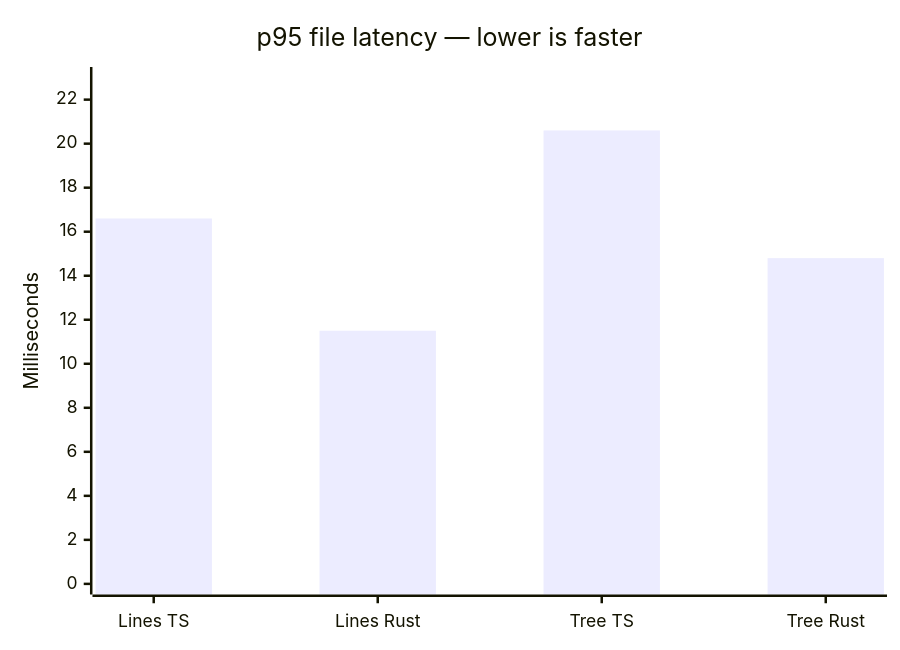
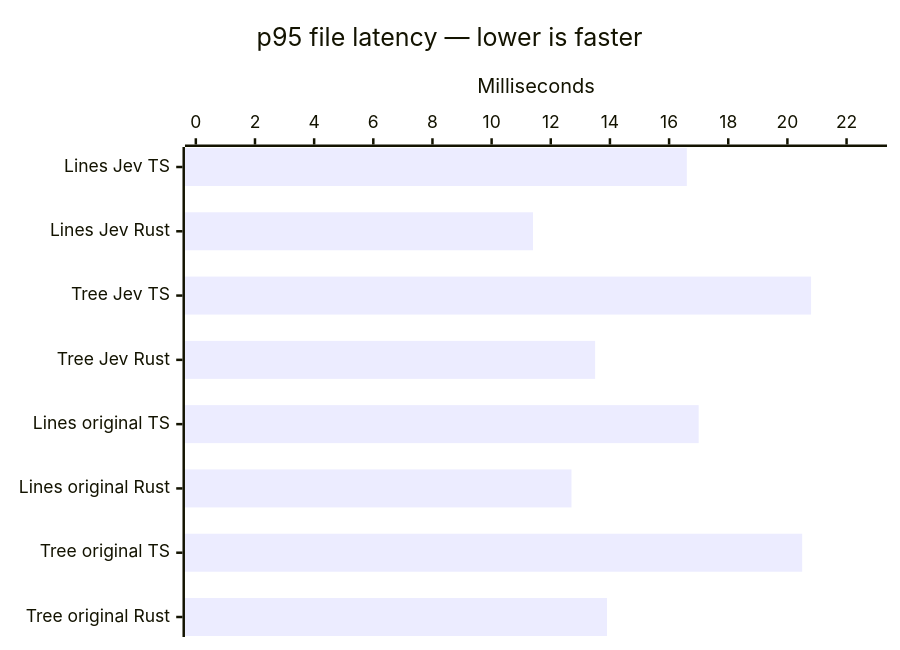
One commit to kossnocorp/spacer changed the seventh of 15 diagrams in docs/benchmark.md. Above: the diagram before and after it, drawn with Mermaid. The commit also changed other lines of this file and 29 other files, not shown here.

````diff
--- a/docs/benchmark.md
+++ b/docs/benchmark.md
@@ -58,7 +101,7 @@
 ```mermaid
-xychart-beta
+xychart-beta horizontal
   title "p95 file latency — lower is faster"
-  x-axis ["Lines TS", "Lines Rust", "Tree TS", "Tree Rust"]
+  x-axis ["Lines Jev TS", "Lines Jev Rust", "Tree Jev TS", "Tree Jev Rust", "Lines original TS", "Lines original Rust", "Tree original TS", "Tree original Rust"]
   y-axis "Milliseconds" 0 --> 23
-  bar [16.6, 11.5, 20.6, 14.8]
+  bar [16.6, 11.4, 20.8, 13.5, 17, 12.7, 20.5, 13.9]
 ```
````
